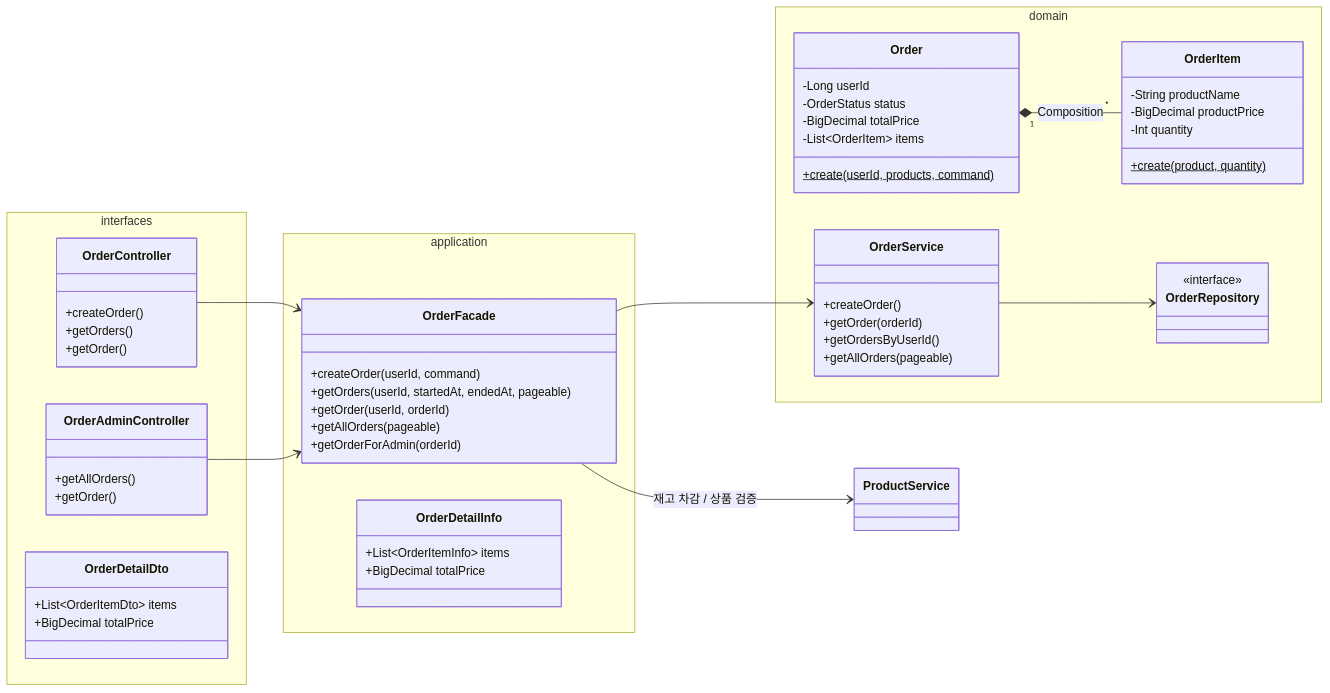
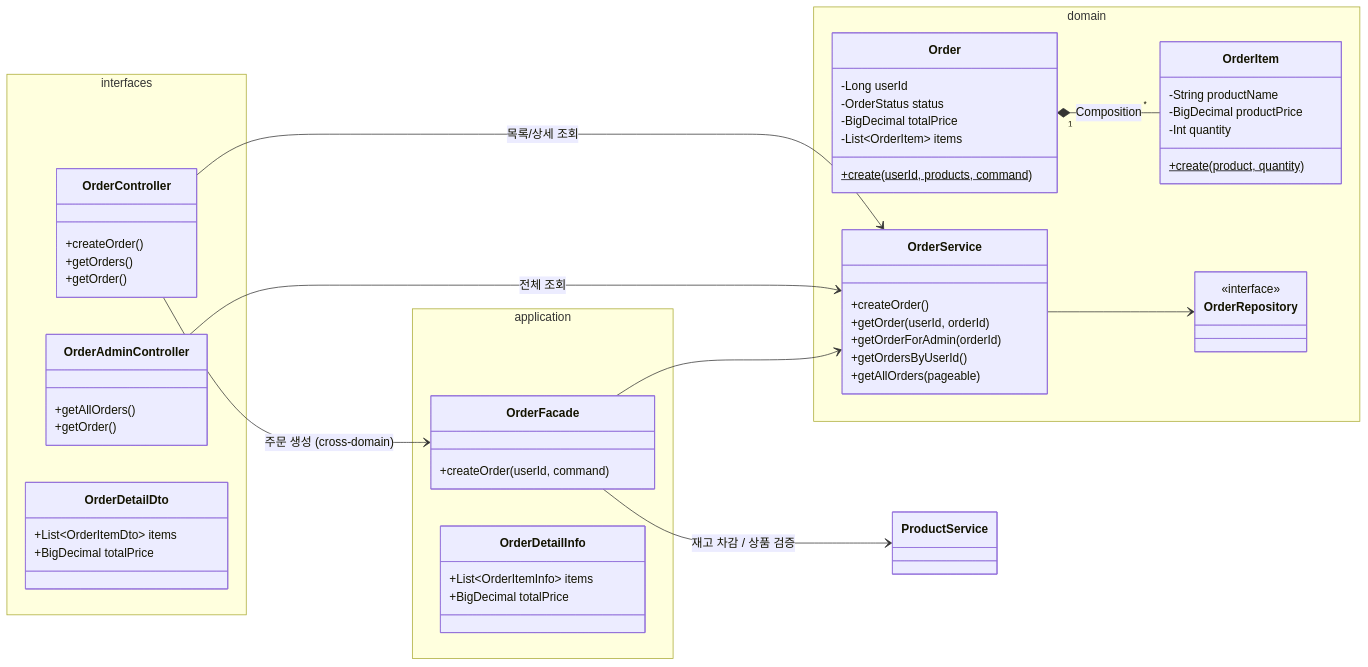
The fifth of 7 diagrams in docs/design-v2/03-class-diagram-v2.md (Loopers-dev-lab/loop-pack-be-l2-vol3-kotlin), drawn with Mermaid before and after one commit. The commit also changed other lines of this file and 6 other files, not shown here.

First line of the commit message:
docs: v2 설계 문서 2차 리뷰 반영 — 6건 이슈 해소, 플로우차트·마인드맵 추가

````diff
--- a/docs/design-v2/03-class-diagram-v2.md
+++ b/docs/design-v2/03-class-diagram-v2.md
@@ -345,66 +347,64 @@
 ```mermaid
 classDiagram
     direction LR
 
     namespace interfaces {
         class OrderController {
             +createOrder()
             +getOrders()
             +getOrder()
         }
         class OrderAdminController {
             +getAllOrders()
             +getOrder()
         }
         class OrderDetailDto {
             +List~OrderItemDto~ items
             +BigDecimal totalPrice
         }
     }
 
     namespace application {
         class OrderFacade {
             +createOrder(userId, command)
-            +getOrders(userId, startedAt, endedAt, pageable)
-            +getOrder(userId, orderId)
-            +getAllOrders(pageable)
-            +getOrderForAdmin(orderId)
         }
         class OrderDetailInfo {
             +List~OrderItemInfo~ items
             +BigDecimal totalPrice
         }
     }
 
     namespace domain {
         class Order {
             -Long userId
             -OrderStatus status
             -BigDecimal totalPrice
             -List~OrderItem~ items
             +create(userId, products, command)$
         }
         class OrderItem {
             -String productName
             -BigDecimal productPrice
             -Int quantity
             +create(product, quantity)$
         }
         class OrderService {
             +createOrder()
-            +getOrder(orderId)
+            +getOrder(userId, orderId)
+            +getOrderForAdmin(orderId)
             +getOrdersByUserId()
             +getAllOrders(pageable)
         }
         class OrderRepository {
             <<interface>>
         }
     }
 
-    OrderController --> OrderFacade
-    OrderAdminController --> OrderFacade
+    OrderController --> OrderFacade: 주문 생성 (cross-domain)
+    OrderController --> OrderService: 목록/상세 조회
+    OrderAdminController --> OrderService: 전체 조회
     OrderFacade --> OrderService
     OrderFacade --> ProductService: 재고 차감 / 상품 검증
     OrderService --> OrderRepository
     Order "1" *-- "*" OrderItem: Composition
 ```
````
